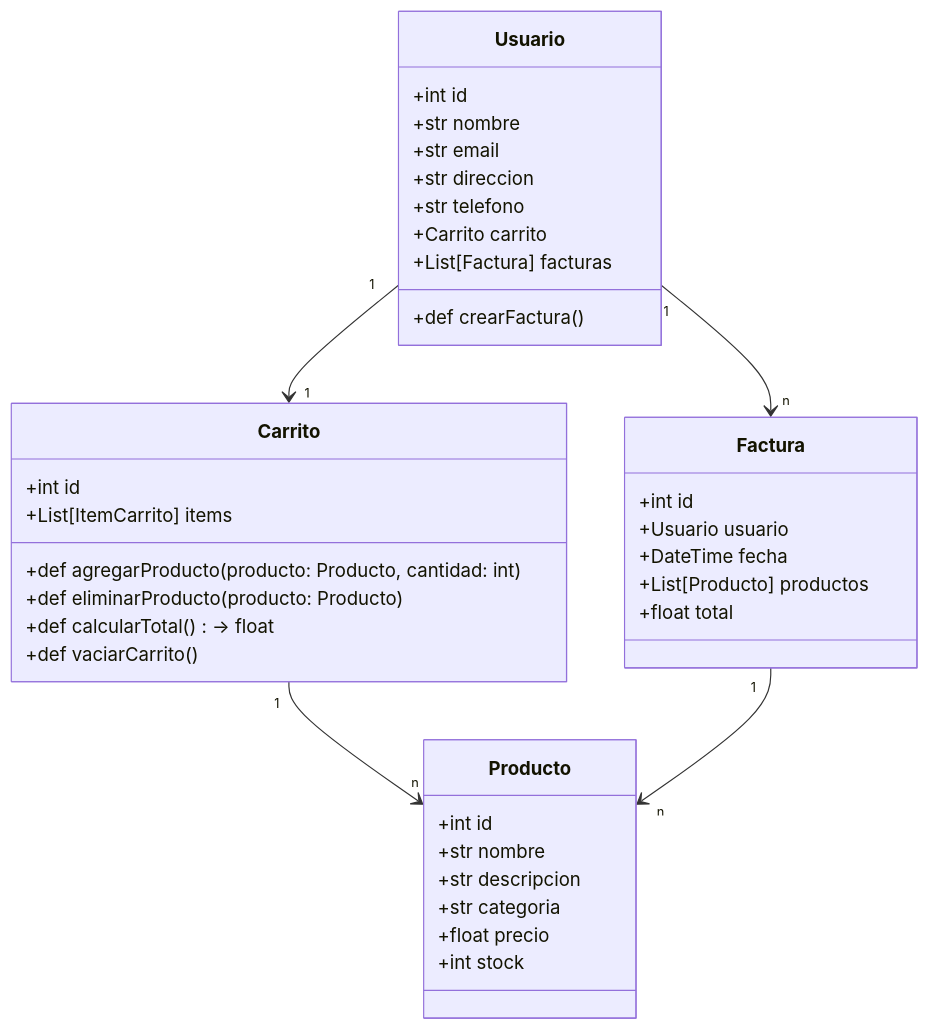
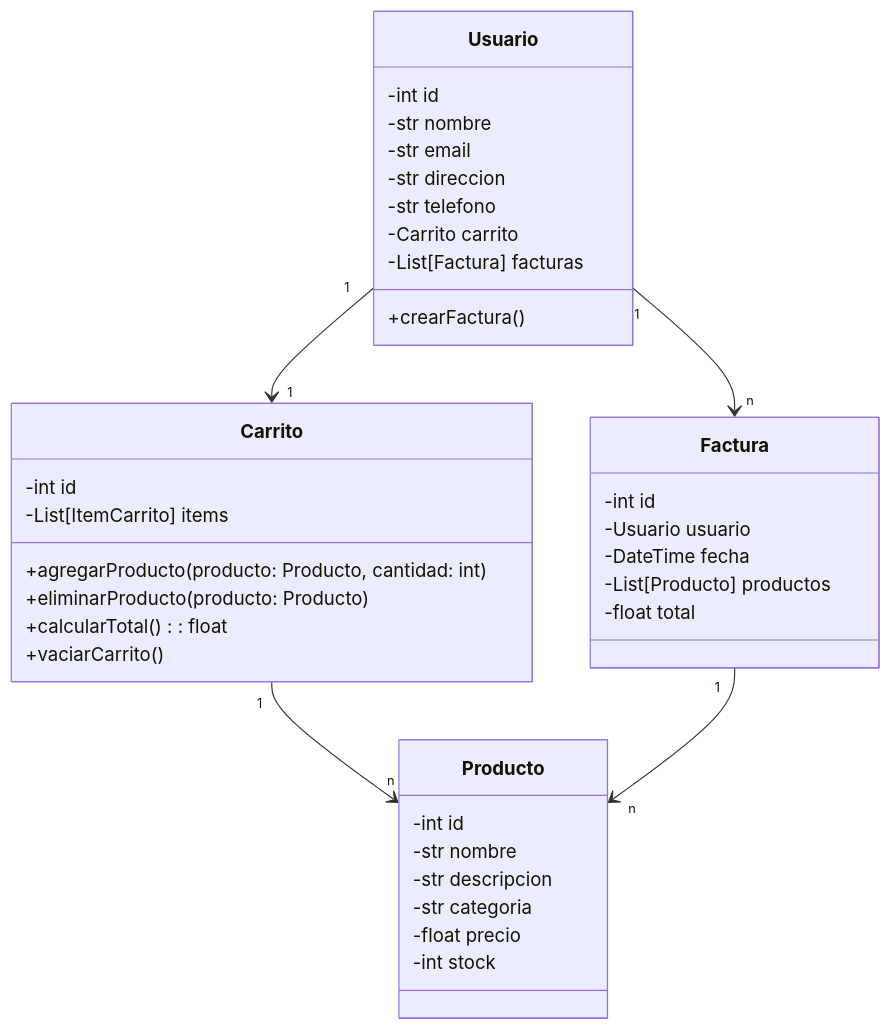
One commit to IvanPopiel/CarritoDeCompras changed the first of 2 diagrams in README.md. Above: the diagram before and after it, drawn with Mermaid.

Commit message:
privatizado los atributos

````diff
--- a/README.md
+++ b/README.md
@@ -7,45 +7,44 @@
 ```mermaid
 classDiagram
     class Usuario {
-        +int id
-        +str nombre
-        +str email
-        +str direccion
-        +str telefono
-        +Carrito carrito
-        +List[Factura] facturas
-        +def crearFactura() 
+        -int id
+        -str nombre
+        -str email
+        -str direccion
+        -str telefono
+        -Carrito carrito
+        -List[Factura] facturas
+        +crearFactura()
     }
 
     class Carrito {
-        +int id
-        +List[ItemCarrito] items
-        +def agregarProducto(producto: Producto, cantidad: int)
-        +def eliminarProducto(producto: Producto)
-        +def calcularTotal() -> float
-        +def vaciarCarrito()
+        -int id
+        -List[ItemCarrito] items
+        +agregarProducto(producto: Producto, cantidad: int)
+        +eliminarProducto(producto: Producto)
+        +calcularTotal() : float
+        +vaciarCarrito()
     }
 
     class Producto {
-        +int id
-        +str nombre
-        +str descripcion
-        +str categoria
-        +float precio
-        +int stock
+        -int id
+        -str nombre
+        -str descripcion
+        -str categoria
+        -float precio
+        -int stock
     }
 
     class Factura {
-        +int id
-        +Usuario usuario
-        +DateTime fecha
-        +List[Producto] productos
-        +float total
+        -int id
+        -Usuario usuario
+        -DateTime fecha
+        -List[Producto] productos
+        -float total
     }
-
 
     Usuario "1" --> "1" Carrito 
     Usuario "1" --> "n" Factura 
     Carrito "1" --> "n" Producto 
     Factura "1" --> "n" Producto 
 ```
````
